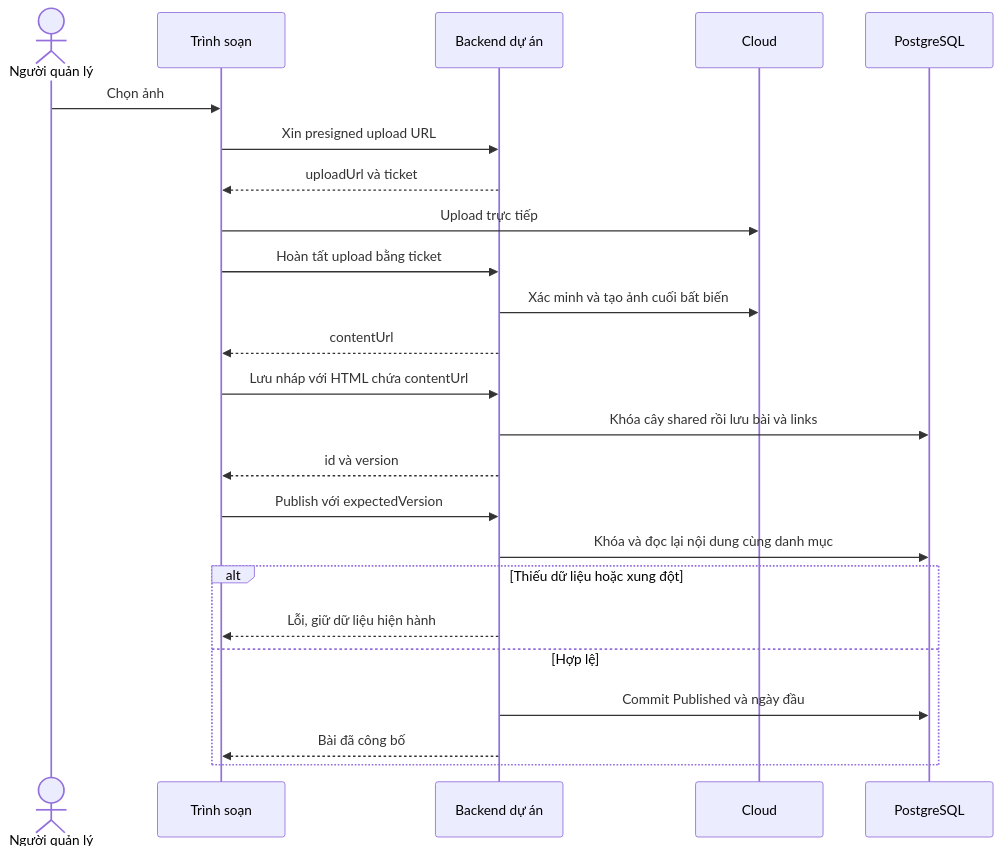
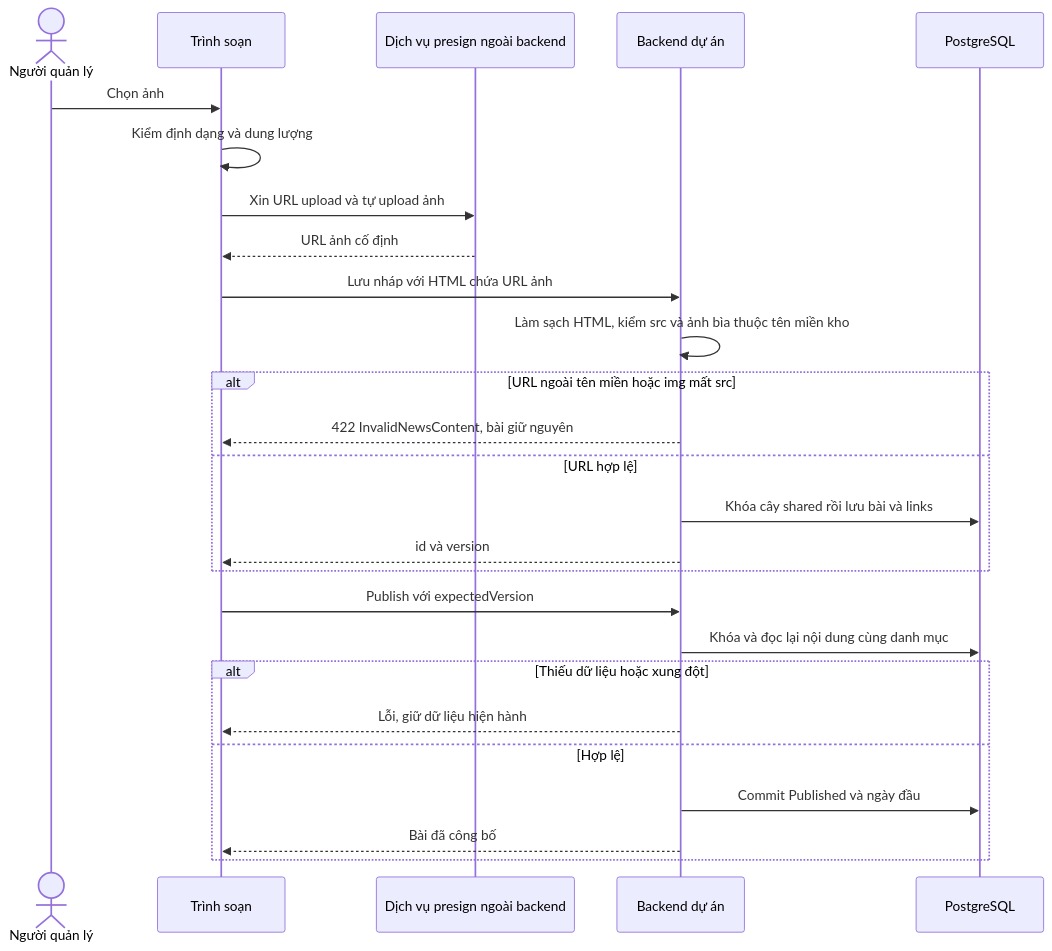
The second of 5 diagrams in tdd/TDD-NEWS-001.md (TaskCoper/bmt-documentation), drawn with Mermaid before and after one commit. The commit also changed other lines of this file and 50 other files, not shown here.

````diff
--- a/tdd/TDD-NEWS-001.md
+++ b/tdd/TDD-NEWS-001.md
@@ -169,26 +197,28 @@
 ```mermaid
 sequenceDiagram
     actor A as Người quản lý
     participant FE as Trình soạn
+    participant PS as Dịch vụ presign ngoài backend
     participant API as Backend dự án
-    participant CLOUD as Cloud
     participant DB as PostgreSQL
     A->>FE: Chọn ảnh
-    FE->>API: Xin presigned upload URL
-    API-->>FE: uploadUrl và ticket
-    FE->>CLOUD: Upload trực tiếp
-    FE->>API: Hoàn tất upload bằng ticket
-    API->>CLOUD: Xác minh và tạo ảnh cuối bất biến
-    API-->>FE: contentUrl
-    FE->>API: Lưu nháp với HTML chứa contentUrl
-    API->>DB: Khóa cây shared rồi lưu bài và links
-    API-->>FE: id và version
+    FE->>FE: Kiểm định dạng và dung lượng
+    FE->>PS: Xin URL upload và tự upload ảnh
+    PS-->>FE: URL ảnh cố định
+    FE->>API: Lưu nháp với HTML chứa URL ảnh
+    API->>API: Làm sạch HTML, kiểm src và ảnh bìa thuộc tên miền kho
+    alt URL ngoài tên miền hoặc img mất src
+        API-->>FE: 422 InvalidNewsContent, bài giữ nguyên
+    else URL hợp lệ
+        API->>DB: Khóa cây shared rồi lưu bài và links
+        API-->>FE: id và version
+    end
     FE->>API: Publish với expectedVersion
     API->>DB: Khóa và đọc lại nội dung cùng danh mục
     alt Thiếu dữ liệu hoặc xung đột
         API-->>FE: Lỗi, giữ dữ liệu hiện hành
     else Hợp lệ
         API->>DB: Commit Published và ngày đầu
         API-->>FE: Bài đã công bố
     end
 ```
````
